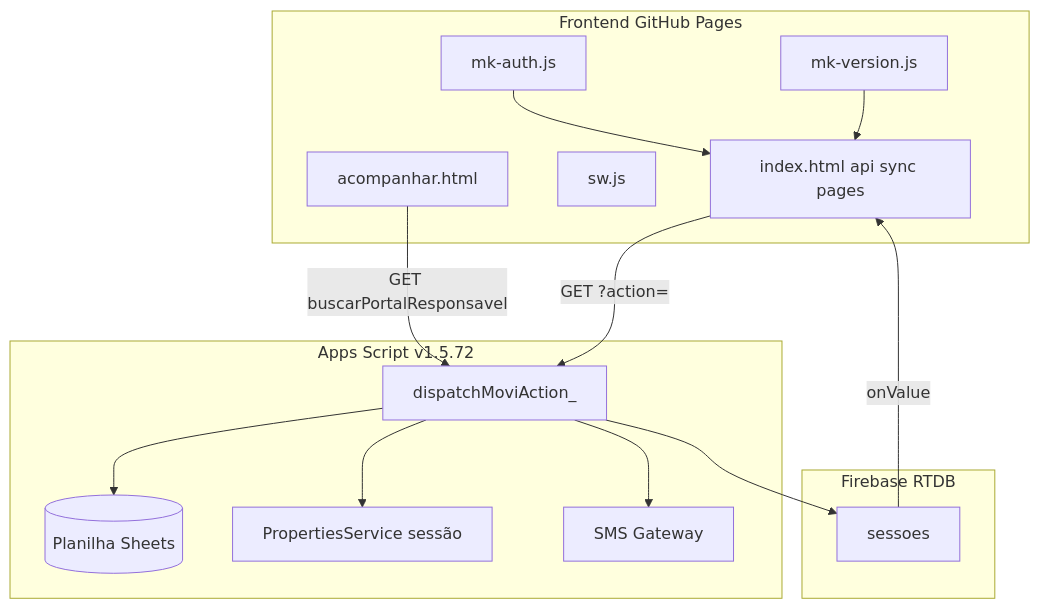
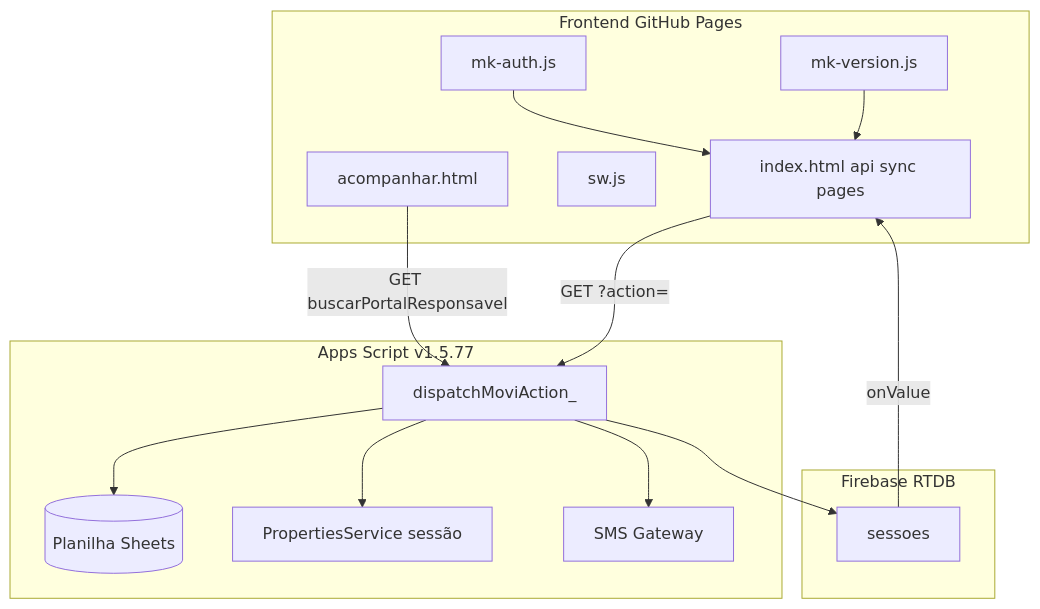
Before and after one commit to ribocg-a11y/movikids: the first of 3 diagrams in docs/ativos/MAPA_CODIGO_ARQUITETURA.md, drawn with Mermaid. The commit also changed other lines of this file and 24 other files, not shown here.

````diff
--- a/docs/ativos/MAPA_CODIGO_ARQUITETURA.md
+++ b/docs/ativos/MAPA_CODIGO_ARQUITETURA.md
@@ -86,28 +86,28 @@
 ```mermaid
 flowchart TB
   subgraph FE["Frontend GitHub Pages"]
     MV[mk-version.js]
     AUTH[mk-auth.js]
     IDX[index.html api sync pages]
     SW[sw.js]
     PORT[acompanhar.html]
   end
-  subgraph GAS["Apps Script v1.5.72"]
+  subgraph GAS["Apps Script v1.5.77"]
     RT[dispatchMoviAction_]
     SH[(Planilha Sheets)]
     PS[PropertiesService sessão]
     SMS[SMS Gateway]
   end
   subgraph RTDB["Firebase RTDB"]
     SESS[sessoes]
   end
   MV --> IDX
   AUTH --> IDX
   IDX -->|GET ?action=| RT
   RT --> SH
   RT --> PS
   RT --> SMS
   RT --> SESS
   SESS -->|onValue| IDX
   PORT -->|GET buscarPortalResponsavel| RT
 ```
````
